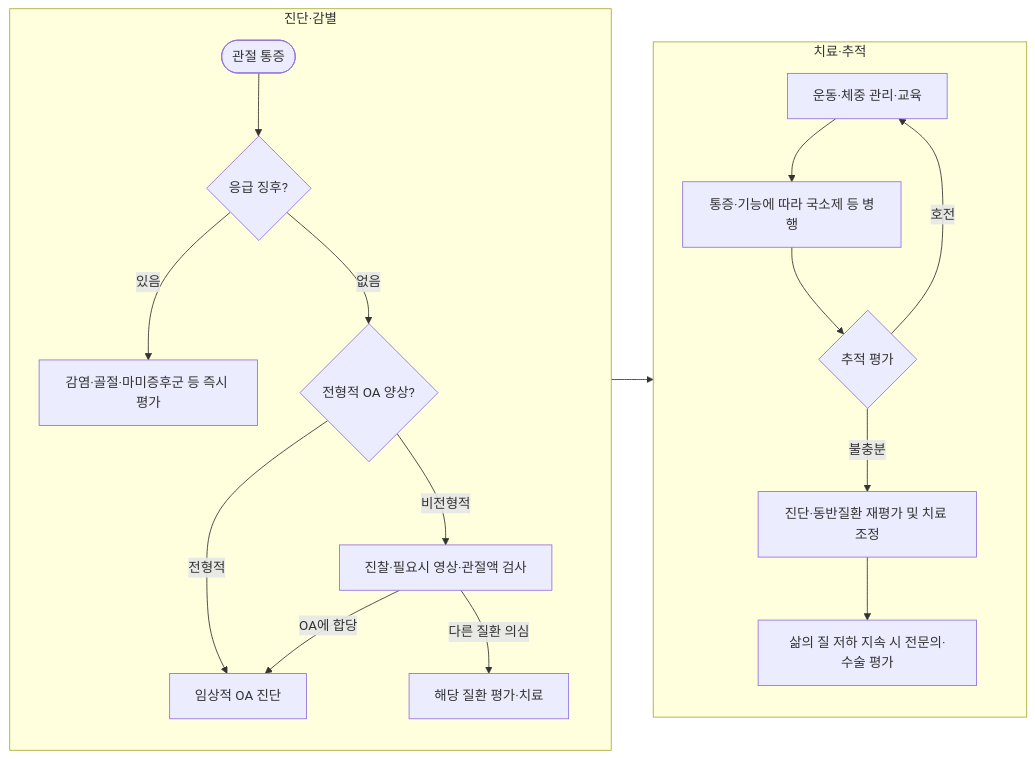
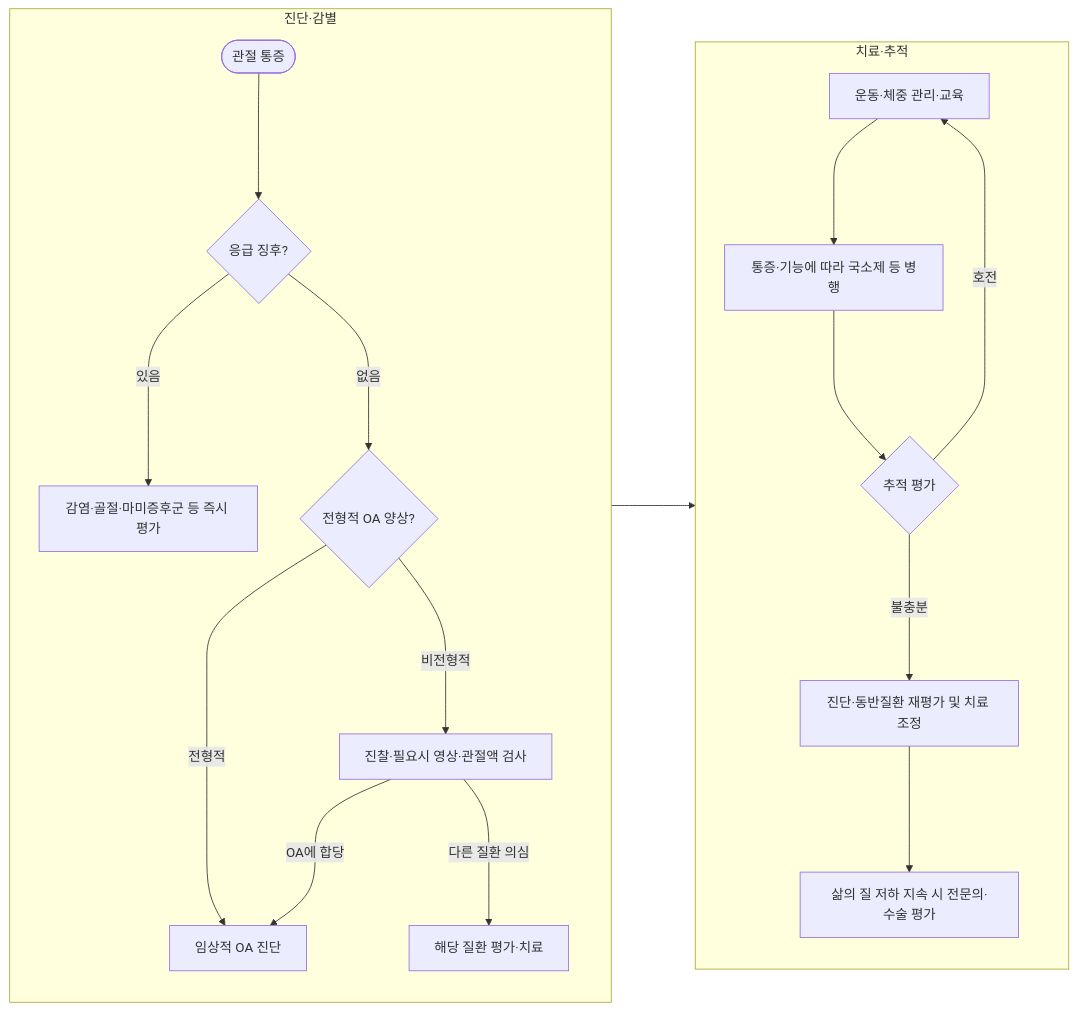
Before and after one commit to familyoh77/familyoh77: the diagram in 228_/135_-osteoarthritis-oa.md, drawn with Mermaid. The commit also changed other lines of this file and 20 other files, not shown here.

````diff
--- a/228_/135_-osteoarthritis-oa.md
+++ b/228_/135_-osteoarthritis-oa.md
@@ -156,22 +156,22 @@
 ```mermaid
 graph LR
     subgraph S1["진단·감별"]
         direction TB
-        A([관절 통증]) --> B{"응급 징후?"}
-        B -- 있음 --> C["감염·골절·마미증후군 등 즉시 평가"]
-        B -- 없음 --> D{"전형적 OA 양상?"}
-        D -- 전형적 --> E["임상적 OA 진단"]
-        D -- 비전형적 --> F["진찰·필요시 영상·관절액 검사"]
-        F -- OA에 합당 --> E
-        F -- 다른 질환 의심 --> G["해당 질환 평가·치료"]
+        A([관절 통증]) ---> B{"응급 징후?"}
+        B -- 있음 ---> C["감염·골절·마미증후군 등 즉시 평가"]
+        B -- 없음 ---> D{"전형적 OA 양상?"}
+        D -- 전형적 ---> E["임상적 OA 진단"]
+        D -- 비전형적 ---> F["진찰·필요시 영상·관절액 검사"]
+        F -- OA에 합당 ---> E
+        F -- 다른 질환 의심 ---> G["해당 질환 평가·치료"]
     end
     subgraph S2["치료·추적"]
         direction TB
-        H["운동·체중 관리·교육"] --> I["통증·기능에 따라 국소제 등 병행"]
-        I --> J{"추적 평가"}
-        J -- 호전 --> H
-        J -- 불충분 --> K["진단·동반질환 재평가 및 치료 조정"]
-        K --> L["삶의 질 저하 지속 시 전문의·수술 평가"]
+        H["운동·체중 관리·교육"] ---> I["통증·기능에 따라 국소제 등 병행"]
+        I ---> J{"추적 평가"}
+        J -- 호전 ---> H
+        J -- 불충분 ---> K["진단·동반질환 재평가 및 치료 조정"]
+        K ---> L["삶의 질 저하 지속 시 전문의·수술 평가"]
     end
-    E --> H
+    E ---> H
 ```
````
